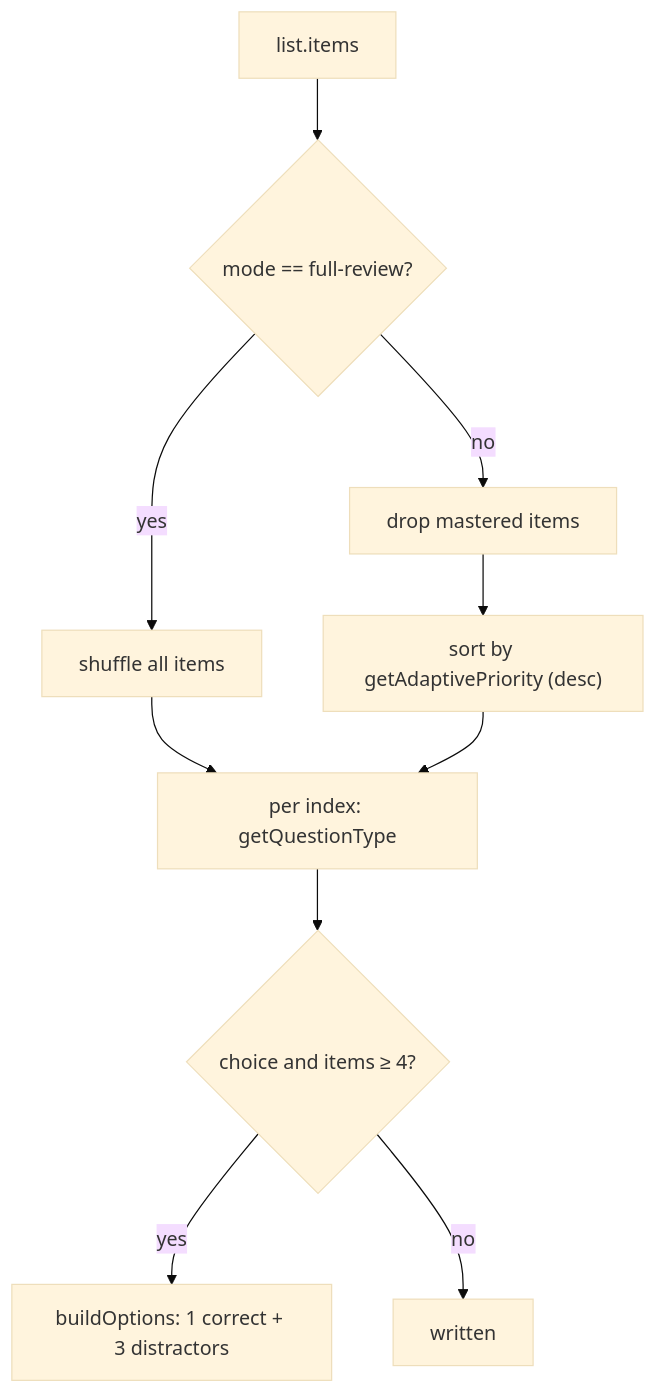
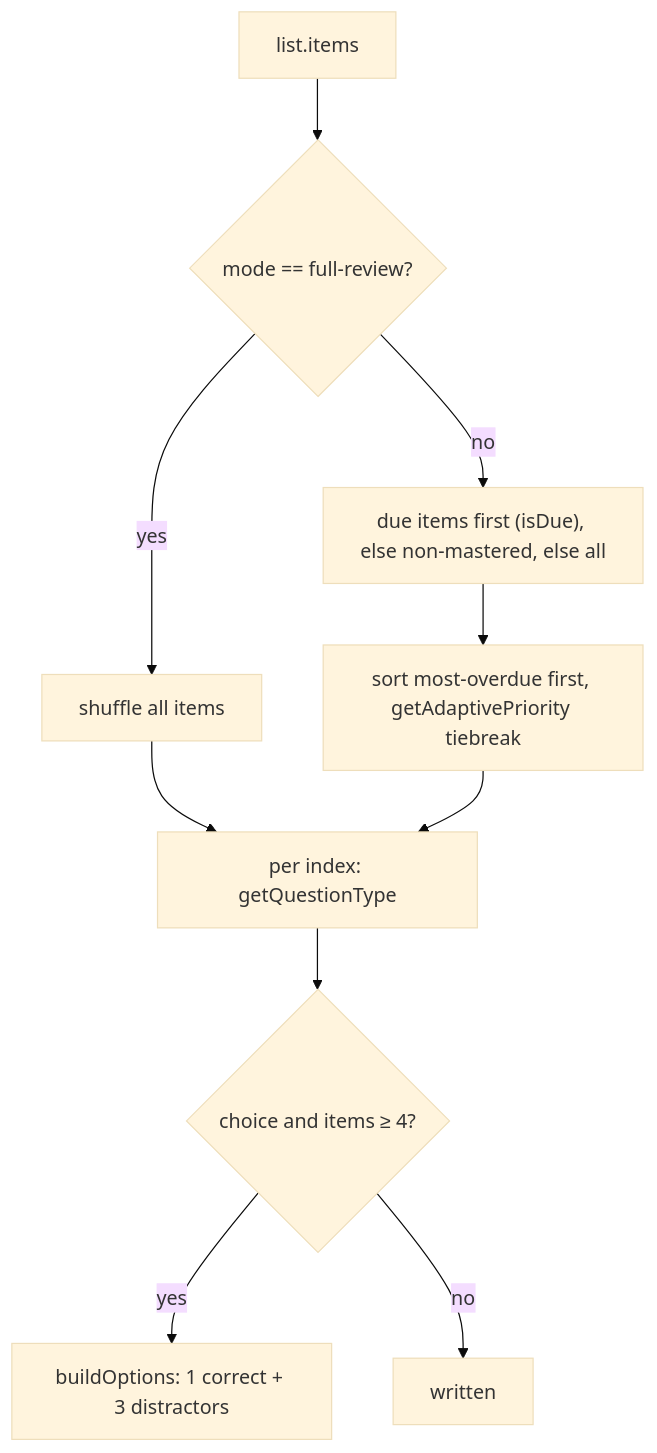
Before and after one commit to sitekept/Aj-Words: the fifth of 5 diagrams in docs/ARCHITECTURE.md, drawn with Mermaid (base theme). The commit also changed other lines of this file and 10 other files, not shown here.

````diff
--- a/docs/ARCHITECTURE.md
+++ b/docs/ARCHITECTURE.md
@@ -206,11 +214,12 @@
 ```mermaid
 flowchart TD
   I["list.items"] --> Q{"mode == full-review?"}
   Q -- yes --> SH["shuffle all items"]
-  Q -- no --> DR["drop mastered items"] --> SO["sort by getAdaptivePriority (desc)"]
+  Q -- no --> DUE["due items first (isDue), else non-mastered, else all"]
+  DUE --> SO["sort most-overdue first, getAdaptivePriority tiebreak"]
   SH --> QT["per index: getQuestionType"]
   SO --> QT
   QT --> CH{"choice and items ≥ 4?"}
   CH -- yes --> OPT["buildOptions: 1 correct + 3 distractors"]
   CH -- no --> WR["written"]
 ```
````
